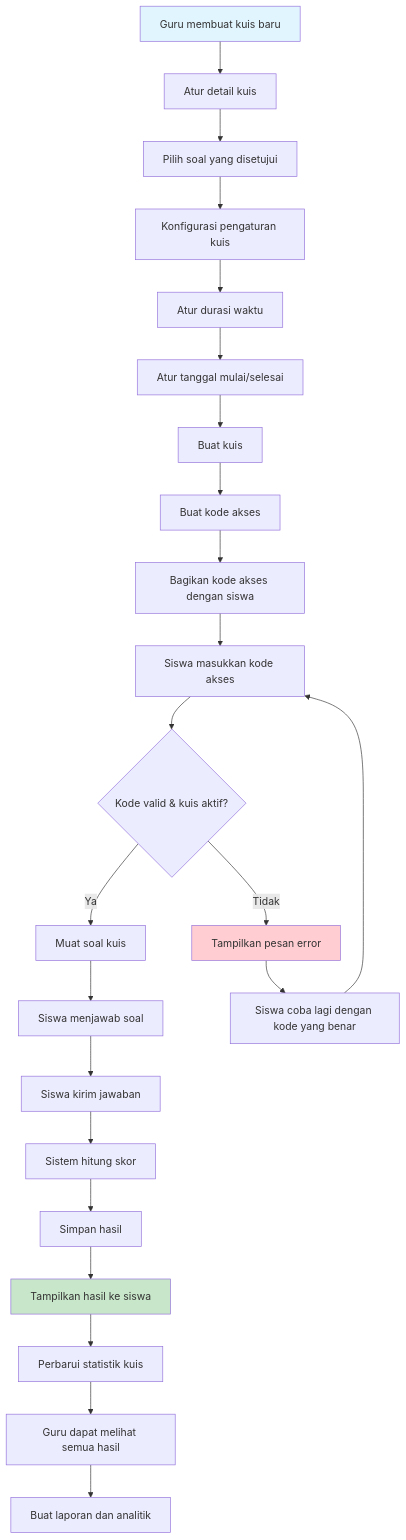
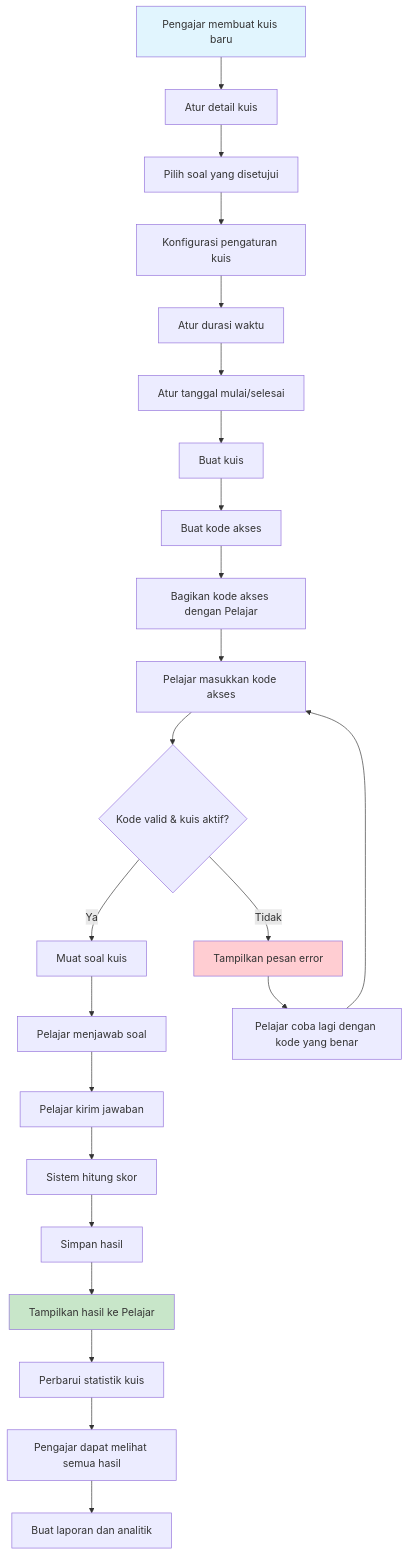
Before and after one commit to jonito2005/exam-expert-ai-docs: the third of 6 diagrams in activity-diagrams.md, drawn with Mermaid. The commit also changed other lines of this file and 4 other files, not shown here.

````diff
--- a/activity-diagrams.md
+++ b/activity-diagrams.md
@@ -76,34 +76,34 @@
 ```mermaid
 flowchart TD
-    A[Guru membuat kuis baru] --> B[Atur detail kuis]
+    A[Pengajar membuat kuis baru] --> B[Atur detail kuis]
     B --> C[Pilih soal yang disetujui]
     C --> D[Konfigurasi pengaturan kuis]
     D --> E[Atur durasi waktu]
     E --> F[Atur tanggal mulai/selesai]
     F --> G[Buat kuis]
     G --> H[Buat kode akses]
-    H --> I[Bagikan kode akses dengan siswa]
+    H --> I[Bagikan kode akses dengan Pelajar]
     
-    I --> J[Siswa masukkan kode akses]
+    I --> J[Pelajar masukkan kode akses]
     J --> K{Kode valid & kuis aktif?}
     
     K -->|Tidak| L[Tampilkan pesan error]
     K -->|Ya| M[Muat soal kuis]
     
-    M --> N[Siswa menjawab soal]
-    N --> O[Siswa kirim jawaban]
+    M --> N[Pelajar menjawab soal]
+    N --> O[Pelajar kirim jawaban]
     O --> P[Sistem hitung skor]
     P --> Q[Simpan hasil]
-    Q --> R[Tampilkan hasil ke siswa]
+    Q --> R[Tampilkan hasil ke Pelajar]
     R --> S[Perbarui statistik kuis]
     
-    S --> T[Guru dapat melihat semua hasil]
+    S --> T[Pengajar dapat melihat semua hasil]
     T --> U[Buat laporan dan analitik]
     
-    L --> V[Siswa coba lagi dengan kode yang benar]
+    L --> V[Pelajar coba lagi dengan kode yang benar]
     V --> J
     
     style A fill:#e1f5fe
     style R fill:#c8e6c9
     style L fill:#ffcdd2
 ```
````
